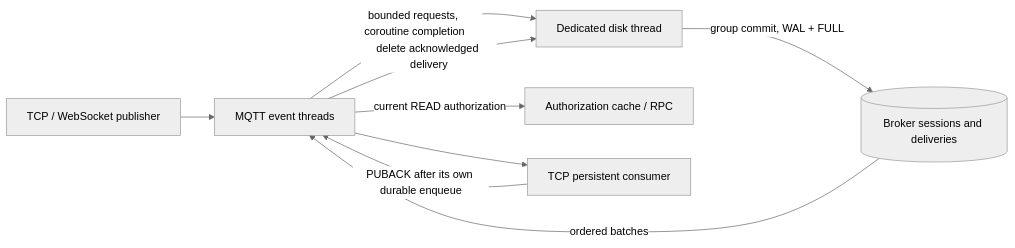
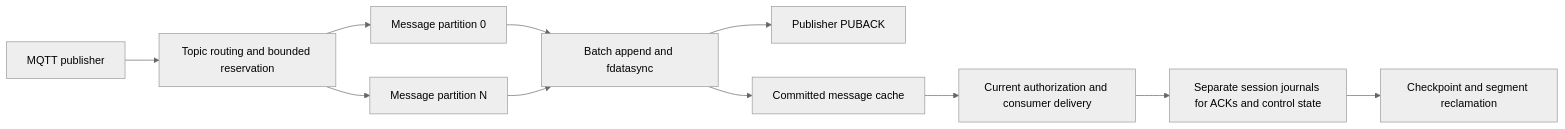
The diagram in docs/persistence.md (ChangerR/mqtts), drawn with Mermaid (neutral theme) before and after one commit. The commit also changed other lines of this file and 31 other files, not shown here.

````diff
--- a/docs/persistence.md
+++ b/docs/persistence.md
@@ -9,11 +10,13 @@
 ```mermaid
 flowchart LR
-  P[TCP / WebSocket publisher] --> N[MQTT event threads]
-  N -->|bounded requests, coroutine completion| D[Dedicated disk thread]
-  D -->|group commit, WAL + FULL| S[(Broker sessions and deliveries)]
-  S -->|ordered batches| N
-  N -->|current READ authorization| A[Authorization cache / RPC]
-  N --> C[TCP persistent consumer]
-  C -->|PUBACK after its own durable enqueue| N
-  N -->|delete acknowledged delivery| D
+  P[MQTT publisher] --> R[Topic routing and bounded reservation]
+  R --> L0[Message partition 0]
+  R --> LN[Message partition N]
+  L0 --> C[Batch append and fdatasync]
+  LN --> C
+  C --> A[Publisher PUBACK]
+  C --> M[Committed message cache]
+  M --> D[Current authorization and consumer delivery]
+  D --> S[Separate session journals for ACKs and control state]
+  S --> K[Checkpoint and segment reclamation]
 ```
````
